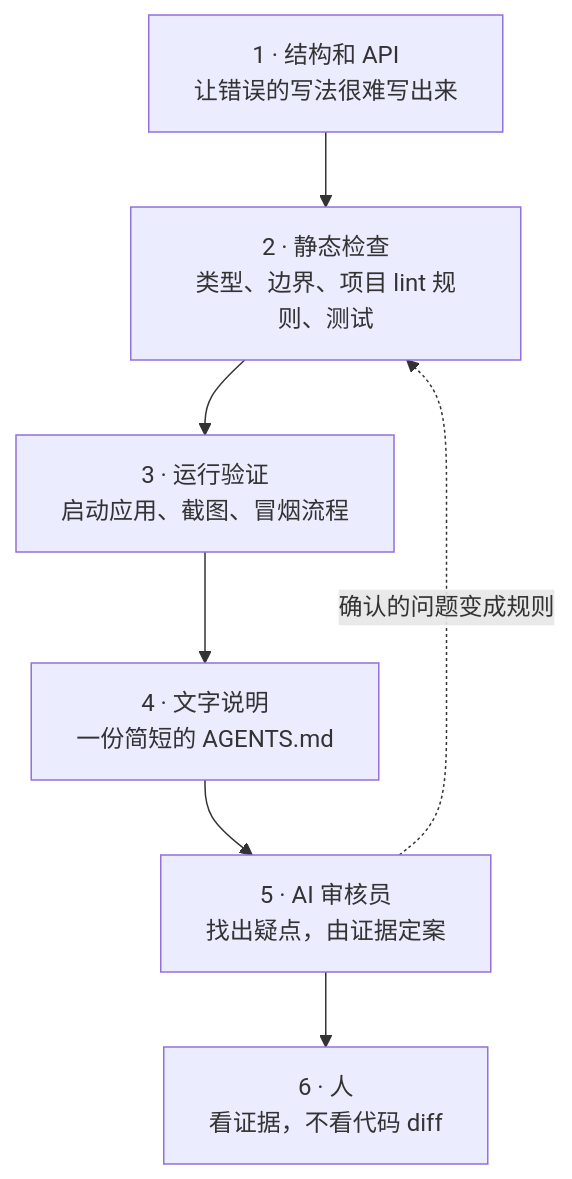
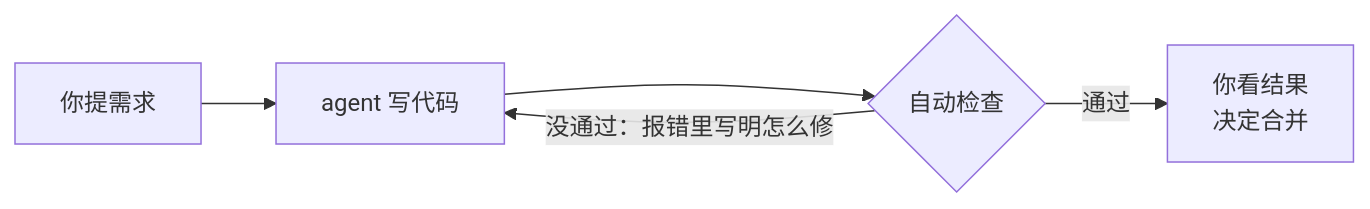
One commit to Tim-rppl/trust-pyramid changed the diagram in README.zh-CN.md. Above: the diagram before and after it, drawn with Mermaid. The commit also changed other lines of this file and 1 other file, not shown here.

First line of the commit message:
README: plain-language flowchart for How it works (#20)

````diff
--- a/README.zh-CN.md
+++ b/README.zh-CN.md
@@ -102,9 +104,7 @@
 ```mermaid
-flowchart TB
-    A["1 · 结构和 API<br/>让错误的写法很难写出来"] --> B["2 · 静态检查<br/>类型、边界、项目 lint 规则、测试"]
-    B --> C["3 · 运行验证<br/>启动应用、截图、冒烟流程"]
-    C --> D["4 · 文字说明<br/>一份简短的 AGENTS.md"]
-    D --> E["5 · AI 审核员<br/>找出疑点，由证据定案"]
-    E --> F["6 · 人<br/>看证据，不看代码 diff"]
-    E -. "确认的问题变成规则" .-> B
+flowchart LR
+    A["你提需求"] --> B["agent 写代码"]
+    B --> C{"自动检查"}
+    C -- "没通过：报错里写明怎么修" --> B
+    C -- "通过" --> D["你看结果<br/>决定合并"]
 ```
````
